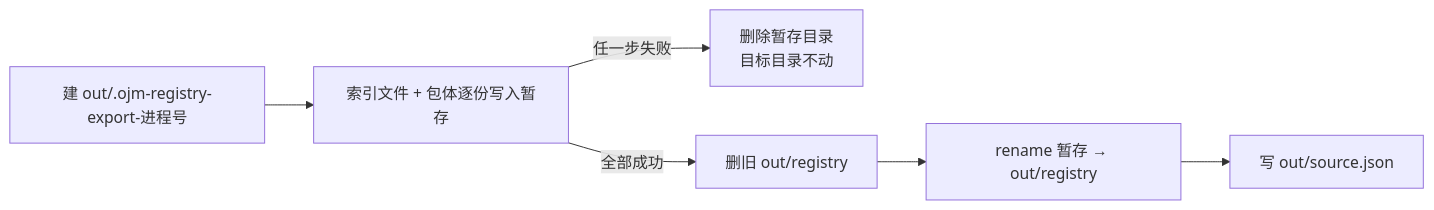
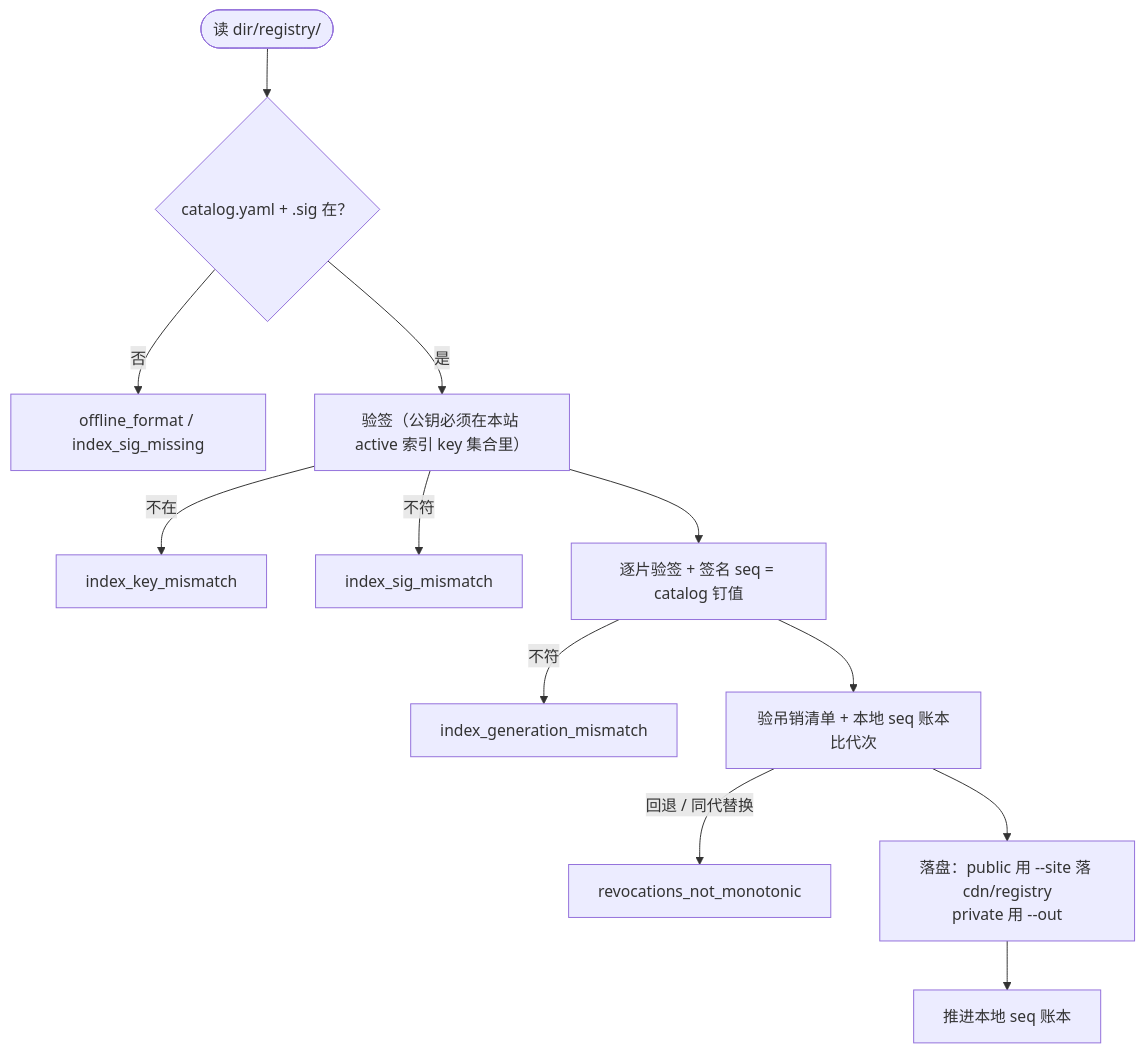
Before and after one commit to everpan/oj-module: diagram 15 of 21 in docs/prd/20261026-registry-cli-commands-design.md, drawn with Mermaid. The commit also changed other lines of this file and 1 other file, not shown here.

Commit message:
docs(prd): registry 相关 CLI 命令全图（publish/install/sign/export/import/list 等，26 张 mermaid）

````diff
--- a/docs/prd/20261026-registry-cli-commands-design.md
+++ b/docs/prd/20261026-registry-cli-commands-design.md
@@ -196,8 +455,14 @@
 ```mermaid
-flowchart LR
-    A["建 out/.ojm-registry-export-进程号"] --> B["索引文件 + 包体逐份写入暂存"]
-    B -->|"任一步失败"| C["删除暂存目录<br/>目标目录不动"]
-    B -->|"全部成功"| D["删旧 out/registry"]
-    D --> E["rename 暂存 → out/registry"]
-    E --> F["写 out/source.json"]
+flowchart TD
+    A(["读 dir/registry/"]) --> B{"catalog.yaml + .sig 在？"}
+    B -->|"否"| E1["offline_format / index_sig_missing"]
+    B -->|"是"| C["验签（公钥必须在本站 active 索引 key 集合里）"]
+    C -->|"不在"| E2["index_key_mismatch"]
+    C -->|"不符"| E3["index_sig_mismatch"]
+    C --> D["逐片验签 + 签名 seq = catalog 钉值"]
+    D -->|"不符"| E4["index_generation_mismatch"]
+    D --> F["验吊销清单 + 本地 seq 账本比代次"]
+    F -->|"回退 / 同代替换"| E5["revocations_not_monotonic"]
+    F --> G["落盘：public 用 --site 落 cdn/registry<br/>private 用 --out"]
+    G --> H["推进本地 seq 账本"]
 ```
````
